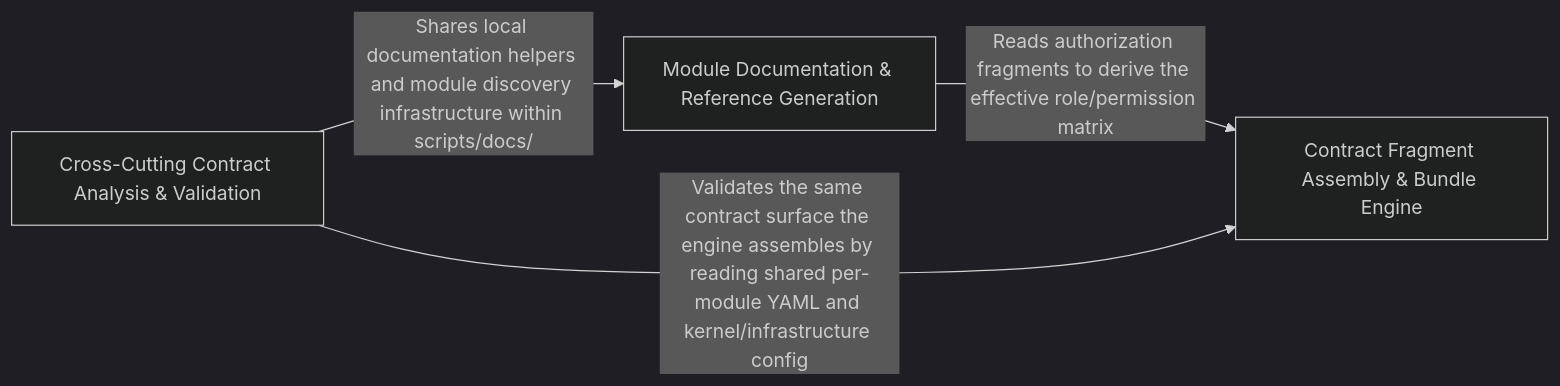
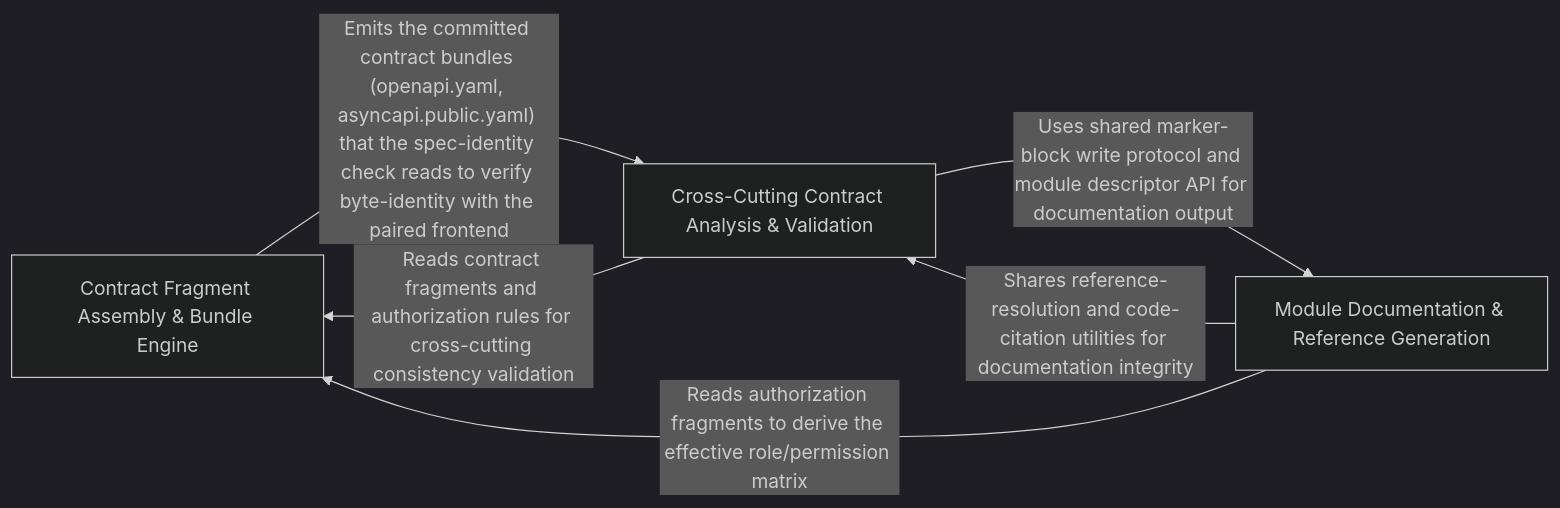
Before and after one commit to Guebbit/boilerplate-node-backend: the diagram in .2brain/arch/Contract_Generation_Assembly.md, drawn with Mermaid (dark theme). The commit also changed other lines of this file and 1102 other files, not shown here.

````diff
--- a/.2brain/arch/Contract_Generation_Assembly.md
+++ b/.2brain/arch/Contract_Generation_Assembly.md
@@ -10,9 +10,11 @@
 ```mermaid
 graph LR
     Contract_Fragment_Assembly_Bundle_Engine["Contract Fragment Assembly & Bundle Engine"]
     Module_Documentation_Reference_Generation["Module Documentation & Reference Generation"]
     Cross_Cutting_Contract_Analysis_Validation["Cross-Cutting Contract Analysis & Validation"]
+    Contract_Fragment_Assembly_Bundle_Engine -- "Emits the committed contract bundles (openapi.yaml, asyncapi.public.yaml) that the spec-identity check reads to verify byte-identity with the paired frontend" --> Cross_Cutting_Contract_Analysis_Validation
     Module_Documentation_Reference_Generation -- "Reads authorization fragments to derive the effective role/permission matrix" --> Contract_Fragment_Assembly_Bundle_Engine
-    Cross_Cutting_Contract_Analysis_Validation -- "Validates the same contract surface the engine assembles by reading shared per-module YAML and kernel/infrastructure config" --> Contract_Fragment_Assembly_Bundle_Engine
-    Cross_Cutting_Contract_Analysis_Validation -- "Shares local documentation helpers and module discovery infrastructure within scripts/docs/" --> Module_Documentation_Reference_Generation
+    Module_Documentation_Reference_Generation -- "Shares reference-resolution and code-citation utilities for documentation integrity" --> Cross_Cutting_Contract_Analysis_Validation
+    Cross_Cutting_Contract_Analysis_Validation -- "Reads contract fragments and authorization rules for cross-cutting consistency validation" --> Contract_Fragment_Assembly_Bundle_Engine
+    Cross_Cutting_Contract_Analysis_Validation -- "Uses shared marker-block write protocol and module descriptor API for documentation output" --> Module_Documentation_Reference_Generation
 ```
````
